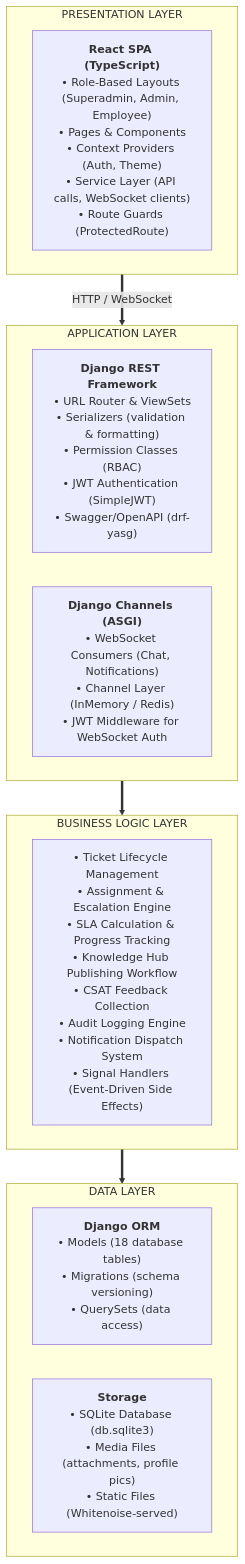
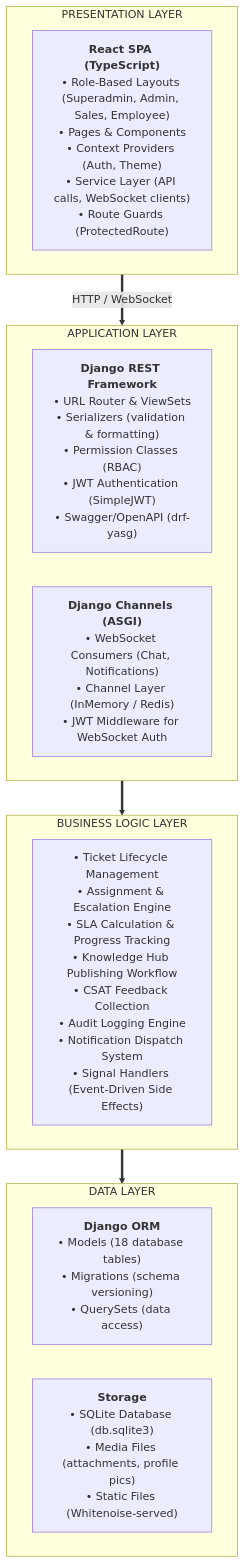
One commit to seyxhel/-local-Maptech-Ticketing-System changed the first of 3 diagrams in documentation/05-System-Architecture.md. Above: the diagram before and after it, drawn with Mermaid. The commit also changed 9 other files, not shown here.

Commit message:
feat: update documentation to include Sales role in RBAC model and related sections

````diff
--- a/documentation/05-System-Architecture.md
+++ b/documentation/05-System-Architecture.md
@@ -31,26 +31,26 @@
 ```mermaid
 flowchart TB
     subgraph PL["PRESENTATION LAYER"]
-        PL1["<b>React SPA (TypeScript)</b>\n• Role-Based Layouts (Superadmin, Admin, Employee)\n• Pages & Components\n• Context Providers (Auth, Theme)\n• Service Layer (API calls, WebSocket clients)\n• Route Guards (ProtectedRoute)"]
+        PL1["<b>React SPA (TypeScript)</b>\n• Role-Based Layouts (Superadmin, Admin, Sales, Employee)\n• Pages & Components\n• Context Providers (Auth, Theme)\n• Service Layer (API calls, WebSocket clients)\n• Route Guards (ProtectedRoute)"]
     end
 
     PL ==>|"HTTP / WebSocket"| AL
 
     subgraph AL["APPLICATION LAYER"]
         DRF["<b>Django REST Framework</b>\n• URL Router & ViewSets\n• Serializers (validation & formatting)\n• Permission Classes (RBAC)\n• JWT Authentication (SimpleJWT)\n• Swagger/OpenAPI (drf-yasg)"]
         DC["<b>Django Channels (ASGI)</b>\n• WebSocket Consumers (Chat, Notifications)\n• Channel Layer (InMemory / Redis)\n• JWT Middleware for WebSocket Auth"]
     end
 
     AL ==> BL
 
     subgraph BL["BUSINESS LOGIC LAYER"]
         BL1["• Ticket Lifecycle Management\n• Assignment & Escalation Engine\n• SLA Calculation & Progress Tracking\n• Knowledge Hub Publishing Workflow\n• CSAT Feedback Collection\n• Audit Logging Engine\n• Notification Dispatch System\n• Signal Handlers (Event-Driven Side Effects)"]
     end
 
     BL ==> DAL
 
     subgraph DAL["DATA LAYER"]
         ORM["<b>Django ORM</b>\n• Models (18 database tables)\n• Migrations (schema versioning)\n• QuerySets (data access)"]
         STR["<b>Storage</b>\n• SQLite Database (db.sqlite3)\n• Media Files (attachments, profile pics)\n• Static Files (Whitenoise-served)"]
     end
 ```
````
